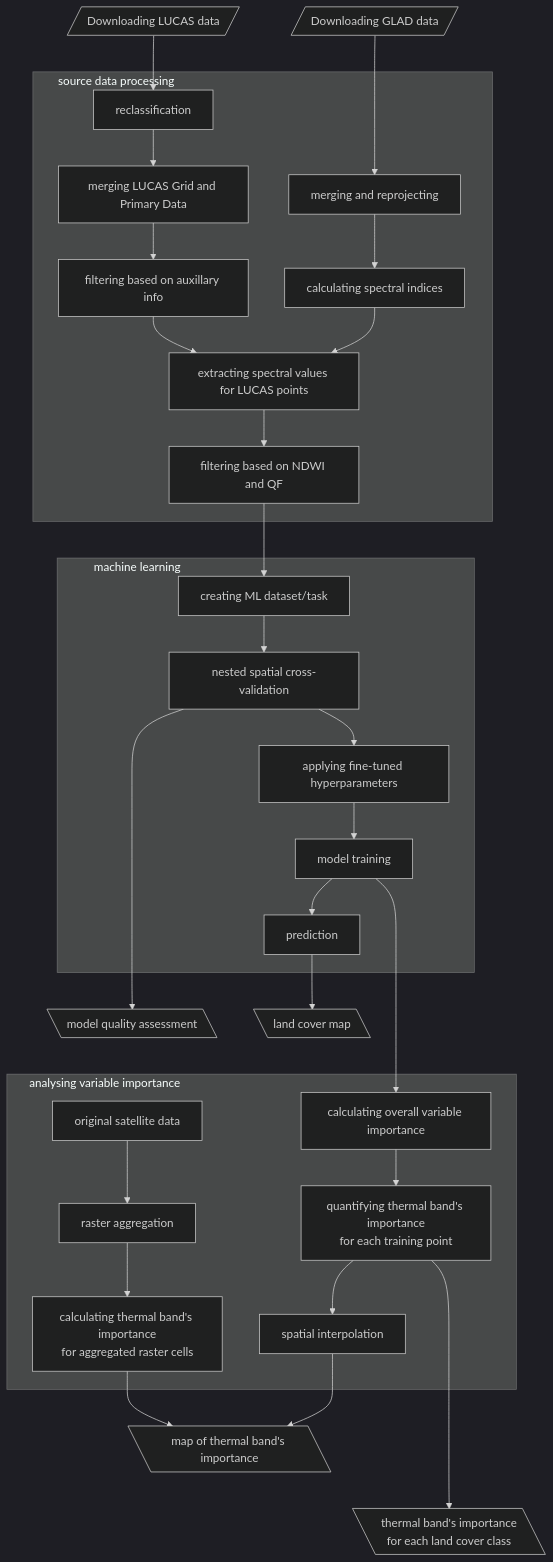
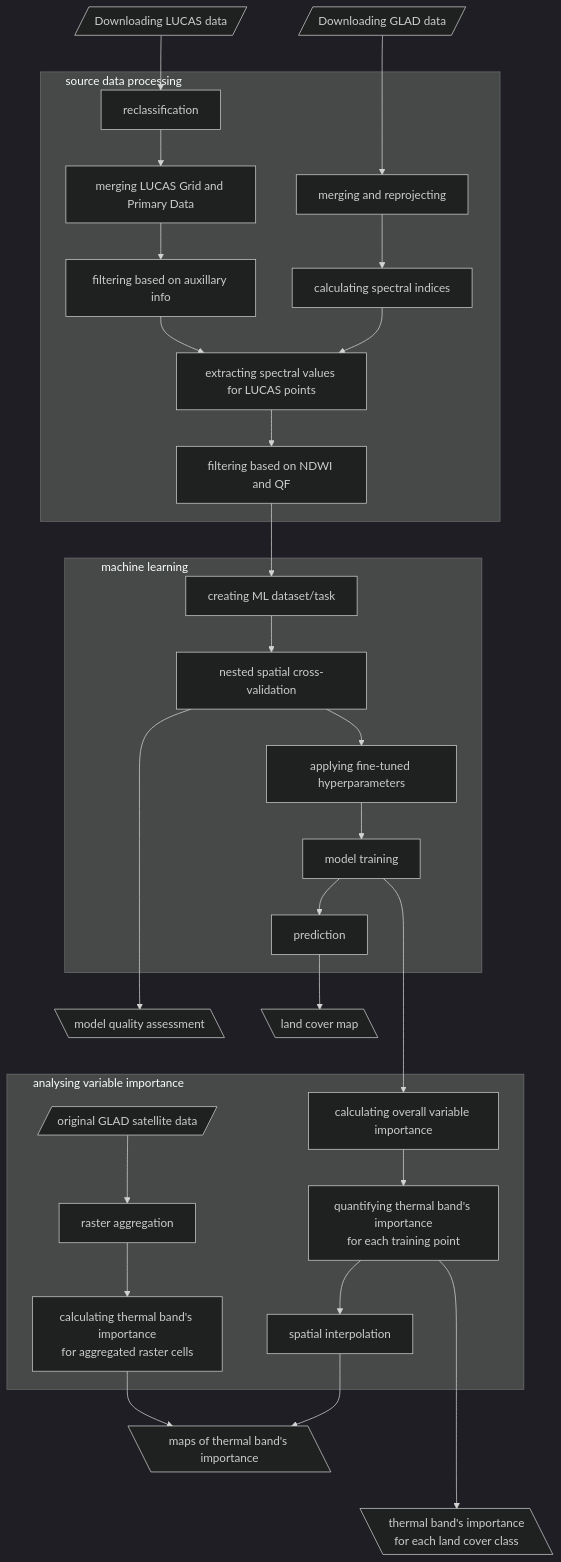
The diagram in 02-roz2.qmd (TomekMatuszek/amuthesis-quarto), drawn with Mermaid (dark theme) before and after one commit. The commit also changed other lines of this file, not shown here.

Commit message:
zmiana flowchartu i nowa strona przed podrozdziałem

````diff
--- a/02-roz2.qmd
+++ b/02-roz2.qmd
@@ -9,36 +9,36 @@
 ```{mermaid}
 %%| label: fig-rycina1
 %%| echo: false
 %%| fig-cap: "General workflow of the study"
 %%| fig-width: 4
 flowchart TD
   A[/Downloading GLAD data/] ---> B[merging and reprojecting]
   D[/Downloading LUCAS data/] --> E[reclassification]
   subgraph source data processing&nbsp&nbsp&nbsp&nbsp&nbsp&nbsp&nbsp&nbsp&nbsp&nbsp&nbsp&nbsp&nbsp&nbsp&nbsp&nbsp&nbsp&nbsp&nbsp&nbsp&nbsp&nbsp&nbsp&nbsp&nbsp&nbsp&nbsp&nbsp&nbsp&nbsp&nbsp&nbsp&nbsp&nbsp&nbsp&nbsp&nbsp&nbsp&nbsp&nbsp&nbsp&nbsp&nbsp&nbsp&nbsp&nbsp&nbsp&nbsp&nbsp&nbsp&nbsp&nbsp&nbsp&nbsp&nbsp&nbsp&nbsp&nbsp&nbsp&nbsp&nbsp&nbsp&nbsp&nbsp&nbsp&nbsp&nbsp&nbsp&nbsp&nbsp&nbsp&nbsp&nbsp&nbsp&nbsp&nbsp&nbsp&nbsp&nbsp&nbsp&nbsp&nbsp&nbsp&nbsp&nbsp&nbsp&nbsp&nbsp&nbsp&nbsp&nbsp&nbsp&nbsp&nbsp&nbsp&nbsp&nbsp&nbsp
   B --> C[calculating spectral indices]
   E --> F[merging LUCAS Grid and Primary Data]
   F --> G[filtering based on auxillary info]
   C --> H[extracting spectral values for LUCAS points]
   G --> H
   H --> I[filtering based on NDWI and QF]
   end
   subgraph machine learning&nbsp&nbsp&nbsp&nbsp&nbsp&nbsp&nbsp&nbsp&nbsp&nbsp&nbsp&nbsp&nbsp&nbsp&nbsp&nbsp&nbsp&nbsp&nbsp&nbsp&nbsp&nbsp&nbsp&nbsp&nbsp&nbsp&nbsp&nbsp&nbsp&nbsp&nbsp&nbsp&nbsp&nbsp&nbsp&nbsp&nbsp&nbsp&nbsp&nbsp&nbsp&nbsp&nbsp&nbsp&nbsp&nbsp&nbsp&nbsp&nbsp&nbsp&nbsp&nbsp&nbsp&nbsp&nbsp&nbsp&nbsp&nbsp&nbsp&nbsp&nbsp&nbsp&nbsp&nbsp&nbsp&nbsp&nbsp&nbsp&nbsp&nbsp&nbsp&nbsp&nbsp&nbsp&nbsp&nbsp&nbsp&nbsp&nbsp&nbsp&nbsp&nbsp&nbsp&nbsp&nbsp&nbsp
   I --> J[creating ML dataset/task]
   J --> L[nested spatial cross-validation]
   L --> K[applying fine-tuned hyperparameters]
   K --> N[model training]
   N --> O[prediction]
   end
   L -----> M[\model quality assessment\]
   O --> P[\land cover map\]
   subgraph analysing variable importance&nbsp&nbsp&nbsp&nbsp&nbsp&nbsp&nbsp&nbsp&nbsp&nbsp&nbsp&nbsp&nbsp&nbsp&nbsp&nbsp&nbsp&nbsp&nbsp&nbsp&nbsp&nbsp&nbsp&nbsp&nbsp&nbsp&nbsp&nbsp&nbsp&nbsp&nbsp&nbsp&nbsp&nbsp&nbsp&nbsp&nbsp&nbsp&nbsp&nbsp&nbsp&nbsp&nbsp&nbsp&nbsp&nbsp&nbsp&nbsp&nbsp&nbsp&nbsp&nbsp&nbsp&nbsp&nbsp&nbsp&nbsp&nbsp&nbsp&nbsp&nbsp&nbsp&nbsp&nbsp&nbsp&nbsp&nbsp&nbsp&nbsp&nbsp&nbsp&nbsp&nbsp&nbsp&nbsp&nbsp&nbsp&nbsp&nbsp&nbsp&nbsp&nbsp&nbsp&nbsp&nbsp&nbsp&nbsp&nbsp&nbsp&nbsp&nbsp&nbsp&nbsp&nbsp&nbsp&nbsp&nbsp&nbsp&nbsp&nbsp&nbsp&nbsp&nbsp&nbsp&nbsp
   N ----> R[calculating overall variable importance]
   R --> S[quantifying thermal band's importance<br>for each training point]
   S --> T[spatial interpolation]
-  X[original satellite data] --> Q[raster aggregation]
+  X[/original GLAD satellite data /] --> Q[raster aggregation]
   Q --> Z[calculating thermal band's importance<br>for aggregated raster cells]
   end
-  T --> U[\map of thermal band's importance\]
+  T --> U[\maps of thermal band's importance\]
   Z --> U
   S ----> W[\thermal band's importance<br>for each land cover class\]
 ```
````
